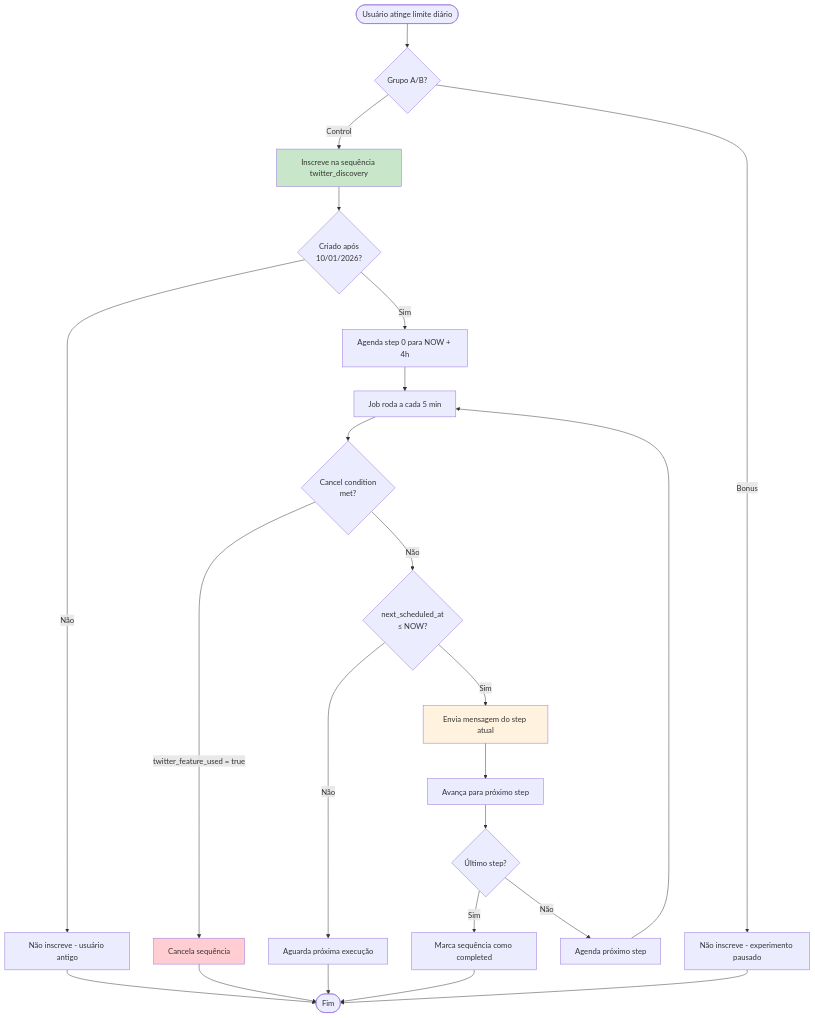
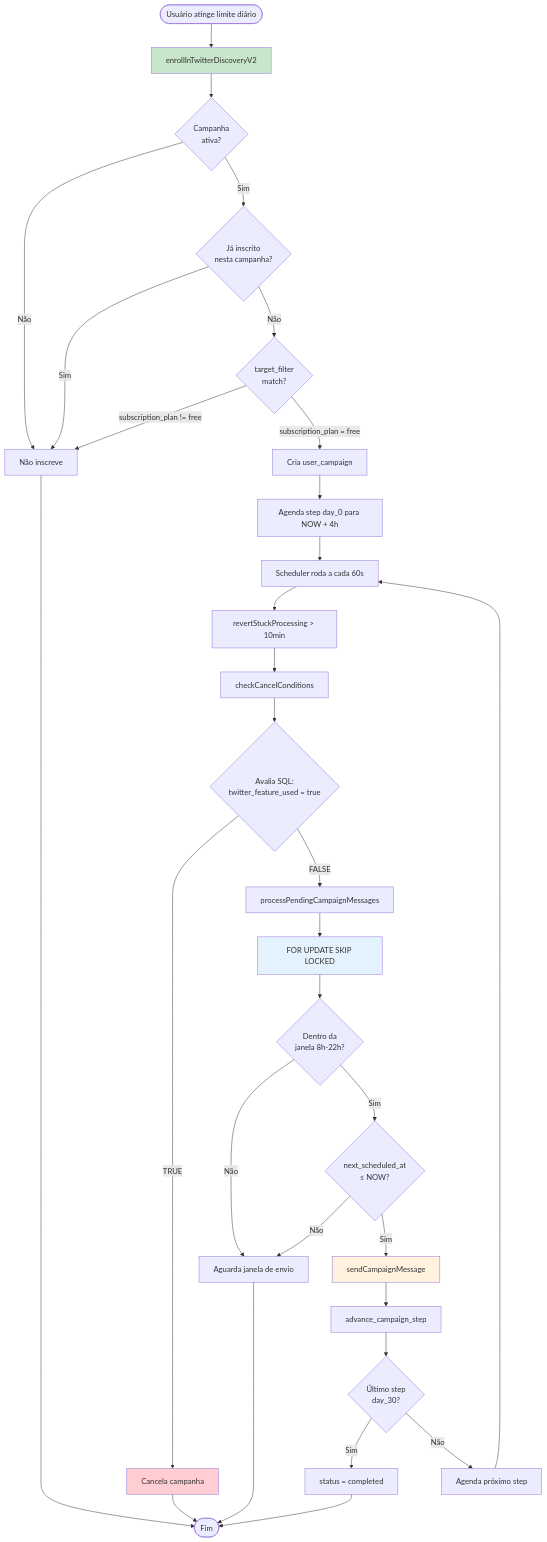
Diagram 25 of 25 in docs/architecture/FLOWCHARTS.md (reisspaulo/sticker), drawn with Mermaid before and after one commit. The commit also changed other lines of this file and 8 other files, not shown here.

First line of the commit message:
feat(campaigns): add unified campaigns system replacing sequences

````diff
--- a/docs/architecture/FLOWCHARTS.md
+++ b/docs/architecture/FLOWCHARTS.md
@@ -1713,41 +1733,57 @@
 ```mermaid
 flowchart TD
-    START([Usuário atinge limite diário]) --> CHECK_GROUP{Grupo A/B?}
+    START([Usuário atinge limite diário]) --> ENROLL[enrollInTwitterDiscoveryV2]
 
-    CHECK_GROUP -->|Control| ENROLL[Inscreve na sequência twitter_discovery]
-    CHECK_GROUP -->|Bonus| SKIP[Não inscreve - experimento pausado]
+    ENROLL --> CHECK_ACTIVE{Campanha<br/>ativa?}
 
-    ENROLL --> CHECK_DATE{Criado após<br/>10/01/2026?}
+    CHECK_ACTIVE -->|Não| SKIP[Não inscreve]
+    CHECK_ACTIVE -->|Sim| CHECK_DUP{Já inscrito<br/>nesta campanha?}
 
-    CHECK_DATE -->|Não| SKIP_OLD[Não inscreve - usuário antigo]
-    CHECK_DATE -->|Sim| SCHEDULE[Agenda step 0 para NOW + 4h]
+    CHECK_DUP -->|Sim| SKIP
+    CHECK_DUP -->|Não| CHECK_FILTER{target_filter<br/>match?}
 
-    SCHEDULE --> JOB_RUN[Job roda a cada 5 min]
+    CHECK_FILTER -->|subscription_plan != free| SKIP
+    CHECK_FILTER -->|subscription_plan = free| CREATE[Cria user_campaign]
 
-    JOB_RUN --> CHECK_CANCEL{Cancel condition<br/>met?}
+    CREATE --> SCHEDULE[Agenda step day_0 para NOW + 4h]
 
-    CHECK_CANCEL -->|twitter_feature_used = true| CANCEL[Cancela sequência]
-    CHECK_CANCEL -->|Não| CHECK_TIME{next_scheduled_at<br/>≤ NOW?}
+    SCHEDULE --> JOB_RUN[Scheduler roda a cada 60s]
 
-    CHECK_TIME -->|Não| WAIT[Aguarda próxima execução]
-    CHECK_TIME -->|Sim| SEND_MSG[Envia mensagem do step atual]
+    JOB_RUN --> REVERT[revertStuckProcessing > 10min]
 
-    SEND_MSG --> ADVANCE[Avança para próximo step]
+    REVERT --> CHECK_CANCEL[checkCancelConditions]
 
-    ADVANCE --> CHECK_COMPLETE{Último step?}
+    CHECK_CANCEL --> EVAL_SQL{Avalia SQL:<br/>twitter_feature_used = true}
 
-    CHECK_COMPLETE -->|Sim| COMPLETE[Marca sequência como completed]
+    EVAL_SQL -->|TRUE| CANCEL[Cancela campanha]
+    EVAL_SQL -->|FALSE| PROCESS[processPendingCampaignMessages]
+
+    PROCESS --> LOCK[FOR UPDATE SKIP LOCKED]
+
+    LOCK --> CHECK_WINDOW{Dentro da<br/>janela 8h-22h?}
+
+    CHECK_WINDOW -->|Não| WAIT[Aguarda janela de envio]
+    CHECK_WINDOW -->|Sim| CHECK_TIME{next_scheduled_at<br/>≤ NOW?}
+
+    CHECK_TIME -->|Não| WAIT
+    CHECK_TIME -->|Sim| SEND_MSG[sendCampaignMessage]
+
+    SEND_MSG --> ADVANCE[advance_campaign_step]
+
+    ADVANCE --> CHECK_COMPLETE{Último step<br/>day_30?}
+
+    CHECK_COMPLETE -->|Sim| COMPLETE[status = completed]
     CHECK_COMPLETE -->|Não| SCHEDULE_NEXT[Agenda próximo step]
 
     SCHEDULE_NEXT --> JOB_RUN
 
     SKIP --> END([Fim])
-    SKIP_OLD --> END
     CANCEL --> END
     COMPLETE --> END
     WAIT --> END
 
     style ENROLL fill:#c8e6c9
     style CANCEL fill:#ffcdd2
     style SEND_MSG fill:#fff3e0
+    style LOCK fill:#e3f2fd
 ```
````
